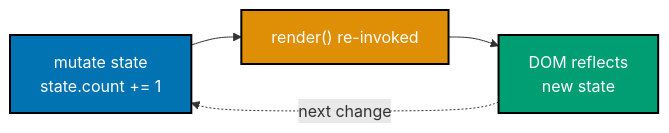
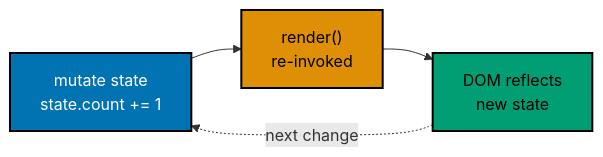
Before and after one commit to wahidyankf/ose-public: diagram 12 of 14 in apps/ayokoding-www/content/en/learn/courses/frontend-essentials/learning/intermediate.md, drawn with Mermaid. The commit also changed other lines of this file and 144 other files, not shown here.

First line of the commit message:
fix(mermaid): bring the first half of the courses diagrams onto the accessible palette

````diff
--- a/apps/ayokoding-www/content/en/learn/courses/frontend-essentials/learning/intermediate.md
+++ b/apps/ayokoding-www/content/en/learn/courses/frontend-essentials/learning/intermediate.md
@@ -1190,10 +1220,13 @@
 ```mermaid
 %% Color Palette: Blue #0173B2, Orange #DE8F05, Teal #029E73
 flowchart LR
-    A["mutate state<br/>state.count += 1"]:::blue --> B["render#40;#41; re-invoked"]:::orange --> C["DOM reflects<br/>new state"]:::teal
+    accTitle: Example 44: State Change Triggers Render
+    accDescr: Flowchart with 3 nodes and 2 connections. Nodes: mutate state state.count += 1, render4041 re-invoked, DOM reflects new state. Connections: mutate state state.count += 1 to render4041 re-invoked, render4041 re-invoked to DOM reflects new state.
+    A["mutate state<br/>state.count += 1"]:::blue --> B["render#40;#41;<br/>re-invoked"]:::orange --> C["DOM reflects<br/>new state"]:::teal
     C -.next change.-> A
 
     classDef blue fill:#0173B2,stroke:#000000,color:#FFFFFF,stroke-width:2px
-    classDef orange fill:#DE8F05,stroke:#000000,color:#FFFFFF,stroke-width:2px
-    classDef teal fill:#029E73,stroke:#000000,color:#FFFFFF,stroke-width:2px
+    classDef orange fill:#DE8F05,stroke:#000000,color:#000000,stroke-width:2px
+    classDef teal fill:#029E73,stroke:#000000,color:#000000,stroke-width:2px
+    classDef default fill:#FFFFFF,stroke:#000000,color:#000000
 ```
````
